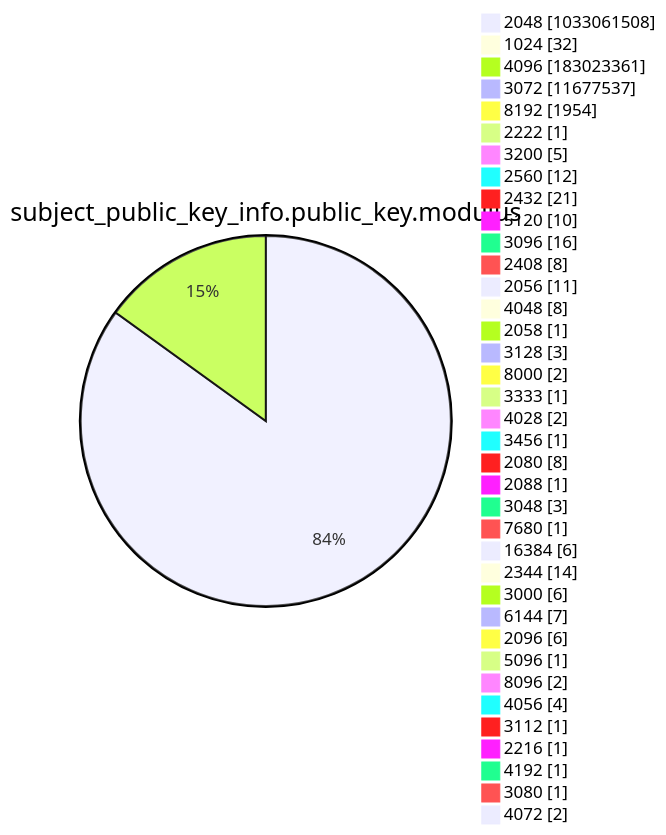
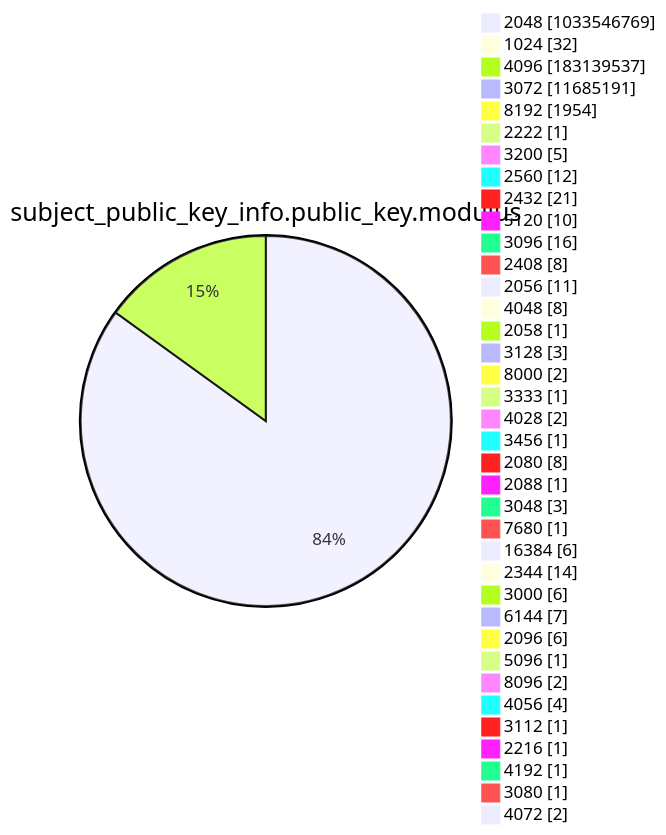
One commit to christiankrug/ctmonitor_visualization changed diagram 13 of 15 in argon2022/README.md. Above: the diagram before and after it, drawn with Mermaid. The commit also changed other lines of this file, not shown here.

````diff
--- a/argon2022/README.md
+++ b/argon2022/README.md
@@ -3589,41 +3589,41 @@
 ```mermaid
 pie showData
 title subject_public_key_info.public_key.modulus
-"2048" :1033061508
+"2048" :1033546769
 "1024" :32
-"4096" :183023361
-"3072" :11677537
+"4096" :183139537
+"3072" :11685191
 "8192" :1954
 "2222" :1
 "3200" :5
 "2560" :12
 "2432" :21
 "5120" :10
 "3096" :16
 "2408" :8
 "2056" :11
 "4048" :8
 "2058" :1
 "3128" :3
 "8000" :2
 "3333" :1
 "4028" :2
 "3456" :1
 "2080" :8
 "2088" :1
 "3048" :3
 "7680" :1
 "16384" :6
 "2344" :14
 "3000" :6
 "6144" :7
 "2096" :6
 "5096" :1
 "8096" :2
 "4056" :4
 "3112" :1
 "2216" :1
 "4192" :1
 "3080" :1
 "4072" :2
 ```
````
